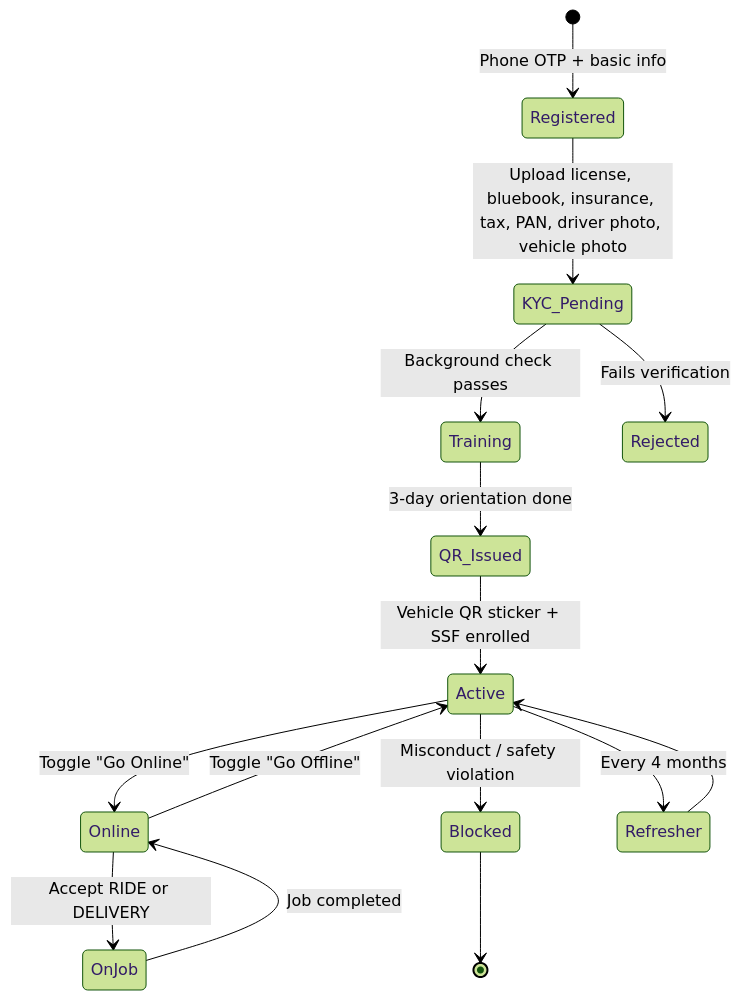
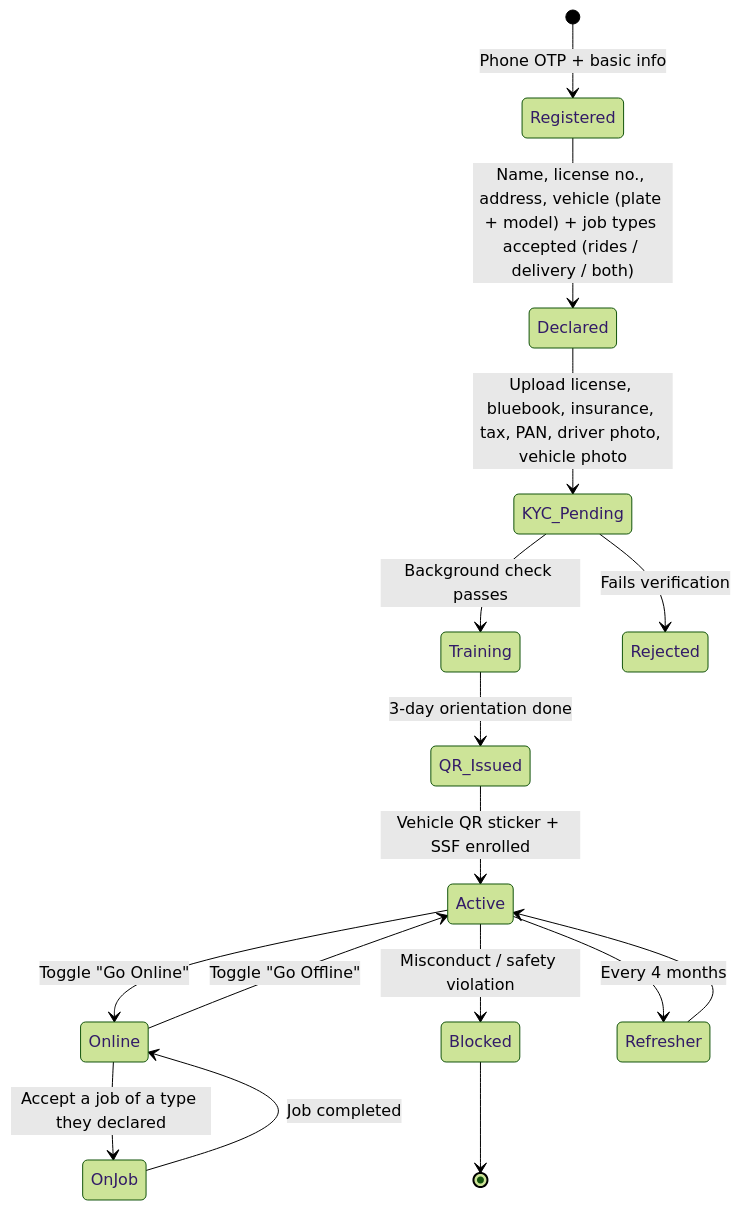
The third of 8 diagrams in docs/research/03-user-flows.md (debendraoli/saarathi), drawn with Mermaid (forest theme) before and after one commit. The commit also changed other lines of this file and 5 other files, not shown here.

First line of the commit message:
Document driver job-type segregation, record editing, and required KYC fields

````diff
--- a/docs/research/03-user-flows.md
+++ b/docs/research/03-user-flows.md
@@ -107,17 +109,18 @@
 ```mermaid
 stateDiagram-v2
     [*] --> Registered: Phone OTP + basic info
-    Registered --> KYC_Pending: Upload license, bluebook, insurance, tax, PAN, driver photo, vehicle photo
+    Registered --> Declared: Name, license no., address, vehicle (plate + model) + job types accepted (rides / delivery / both)
+    Declared --> KYC_Pending: Upload license, bluebook, insurance, tax, PAN, driver photo, vehicle photo
     KYC_Pending --> Training: Background check passes
     KYC_Pending --> Rejected: Fails verification
     Training --> QR_Issued: 3-day orientation done
     QR_Issued --> Active: Vehicle QR sticker + SSF enrolled
     Active --> Online: Toggle "Go Online"
-    Online --> OnJob: Accept RIDE or DELIVERY
+    Online --> OnJob: Accept a job of a type they declared
     OnJob --> Online: Job completed
     Online --> Active: Toggle "Go Offline"
     Active --> Blocked: Misconduct / safety violation
     Active --> Refresher: Every 4 months
     Refresher --> Active
     Blocked --> [*]
 ```
````
